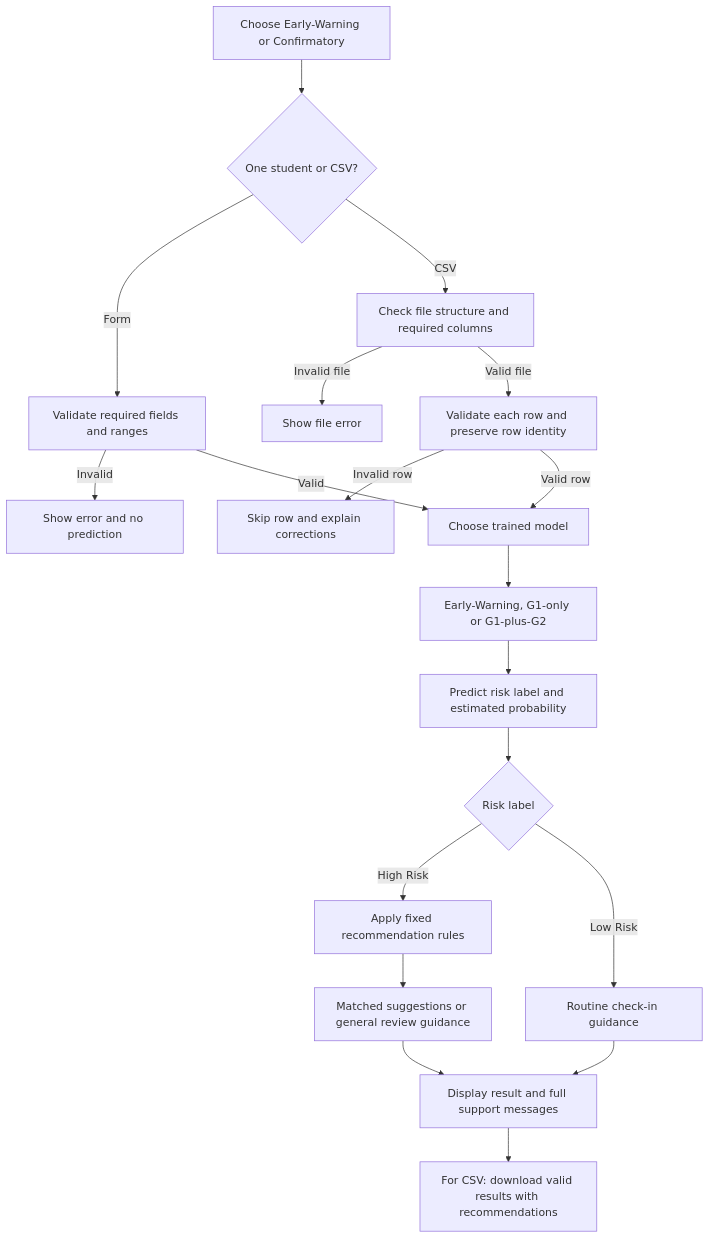
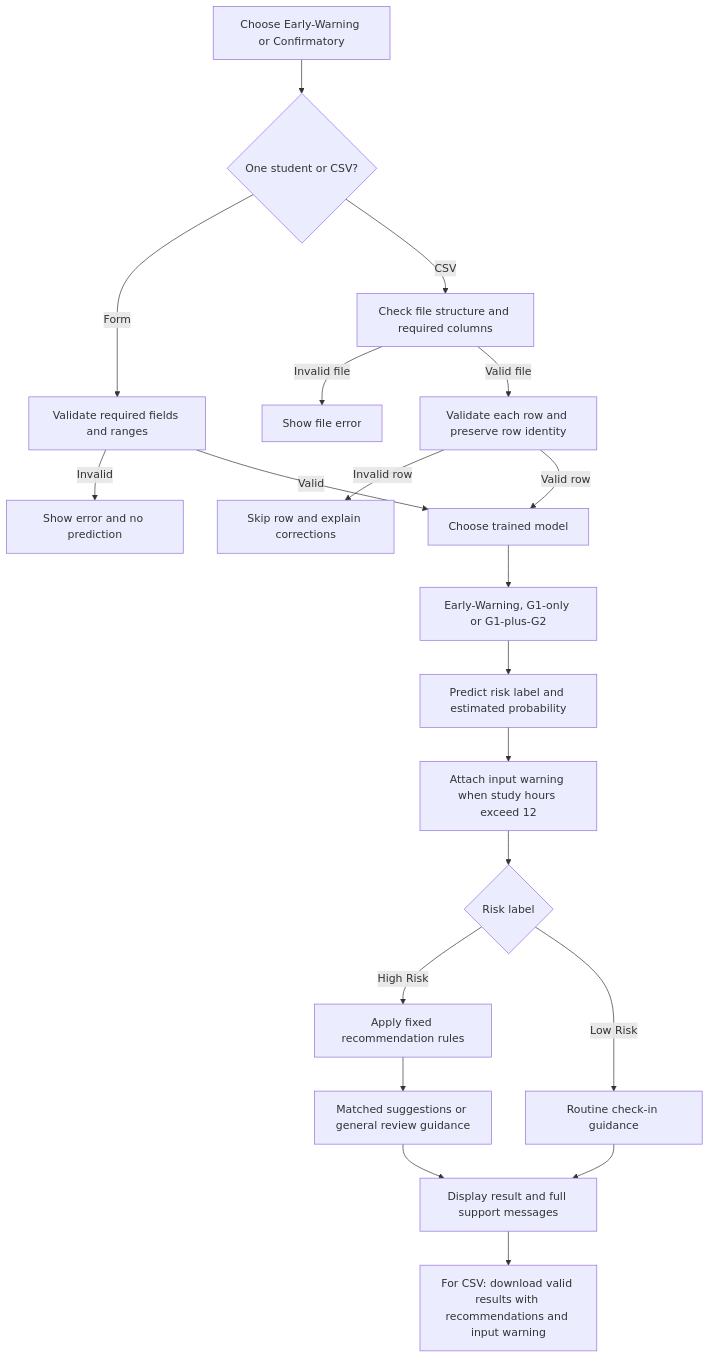
One commit to Hakuverse/ICT304 changed the diagram in project/docs/system-workflow.md. Above: the diagram before and after it, drawn with Mermaid. The commit also changed other lines of this file and 10 other files, not shown here.

````diff
--- a/project/docs/system-workflow.md
+++ b/project/docs/system-workflow.md
@@ -6,21 +7,22 @@
 ```mermaid
 flowchart TD
     A[Choose Early-Warning or Confirmatory] --> B{One student or CSV?}
     B -->|Form| C[Validate required fields and ranges]
     C -->|Invalid| D[Show error and no prediction]
     B -->|CSV| E[Check file structure and required columns]
     E -->|Invalid file| F[Show file error]
     E -->|Valid file| G[Validate each row and preserve row identity]
     G -->|Invalid row| H[Skip row and explain corrections]
     G -->|Valid row| I[Choose trained model]
     C -->|Valid| I
     I --> J[Early-Warning, G1-only or G1-plus-G2]
     J --> K[Predict risk label and estimated probability]
-    K --> L{Risk label}
+    K --> W[Attach input warning when study hours exceed 12]
+    W --> L{Risk label}
     L -->|High Risk| M[Apply fixed recommendation rules]
     M --> N[Matched suggestions or general review guidance]
     L -->|Low Risk| O[Routine check-in guidance]
     N --> P[Display result and full support messages]
     O --> P
-    P --> Q[For CSV: download valid results with recommendations]
+    P --> Q[For CSV: download valid results with recommendations and input warning]
 ```
````
